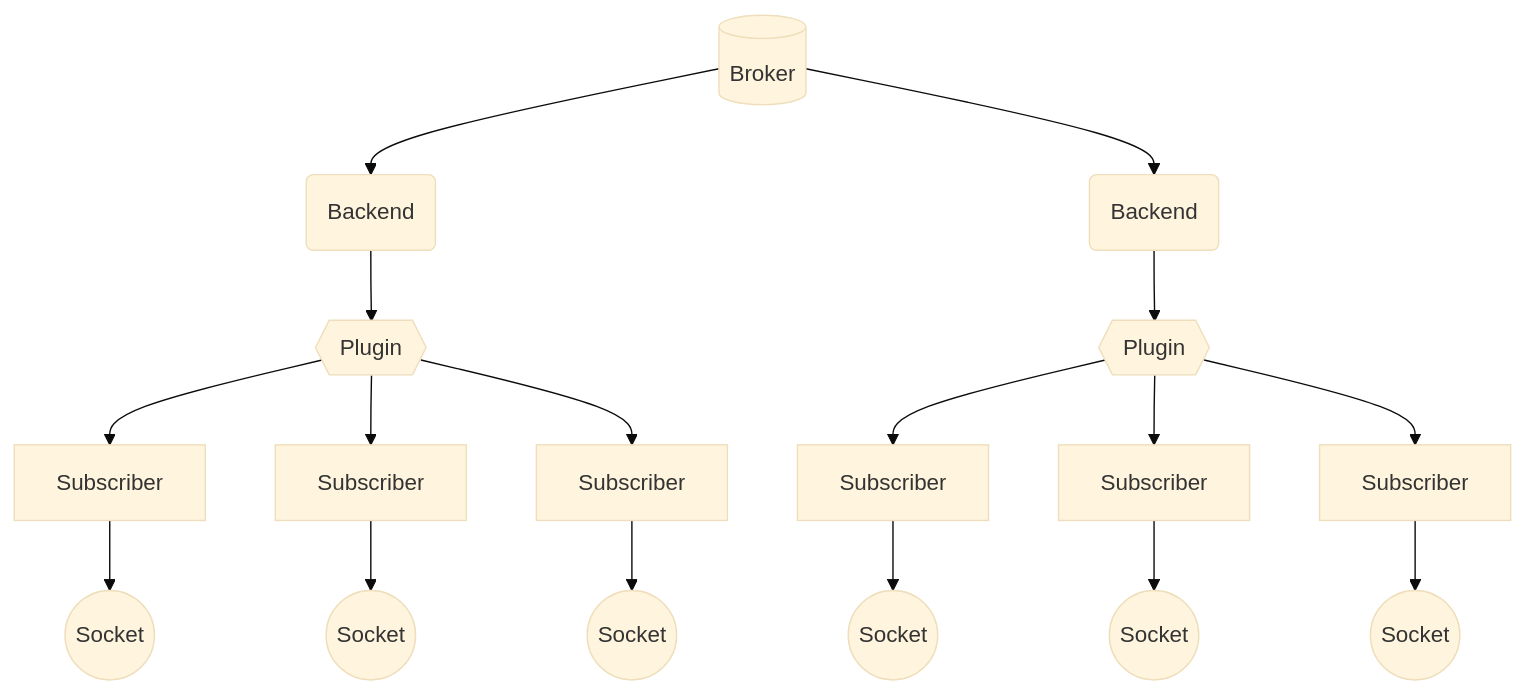
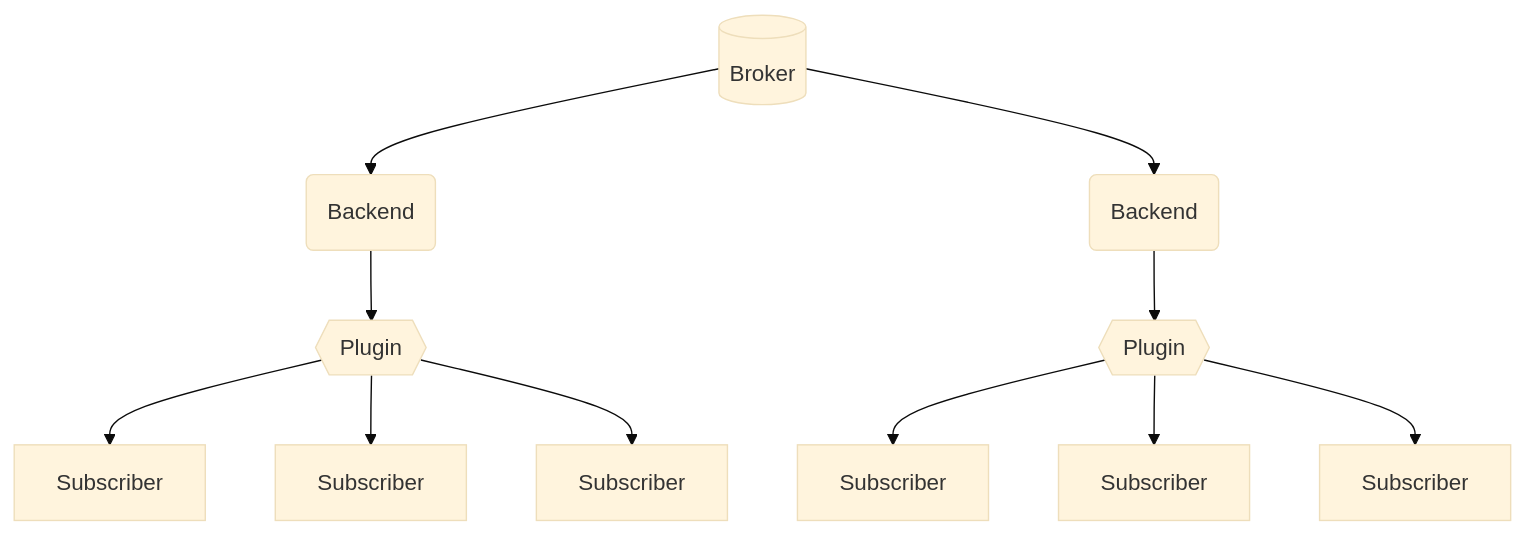
One commit to litestar-org/litestar changed the second of 2 diagrams in docs/usage/channels.rst. Above: the diagram before and after it, drawn with Mermaid (base theme). The commit also changed other lines of this file and 5 other files, not shown here.

```diff
--- a/docs/usage/channels.rst
+++ b/docs/usage/channels.rst
@@ -73,28 +78,20 @@
 .. mermaid::
     :align: center
-    :caption: Fanout flow of data from the broker to the sockets, showing multiple plugin instances
+    :caption: Fanout flow of data from the :term:`broker` to the sockets, showing multiple plugin instances
 
     flowchart TD
         Broker[(Broker)]
 
         Broker --> Backend_1(Backend)
         Broker --> Backend_2(Backend)
 
         Backend_1 --> Plugin_1{{Plugin}}
         Backend_2 --> Plugin_2{{Plugin}}
 
         Plugin_1 --> Subscriber_1[Subscriber]
         Plugin_1 --> Subscriber_2[Subscriber]
         Plugin_1 --> Subscriber_3[Subscriber]
 
         Plugin_2 --> Subscriber_4[Subscriber]
         Plugin_2 --> Subscriber_5[Subscriber]
         Plugin_2 --> Subscriber_6[Subscriber]
-
-        Subscriber_1 --> Socket_1((Socket))
-        Subscriber_2 --> Socket_2((Socket))
-        Subscriber_3 --> Socket_3((Socket))
-
-        Subscriber_4 --> Socket_4((Socket))
-        Subscriber_5 --> Socket_5((Socket))
-        Subscriber_6 --> Socket_6((Socket))
```
